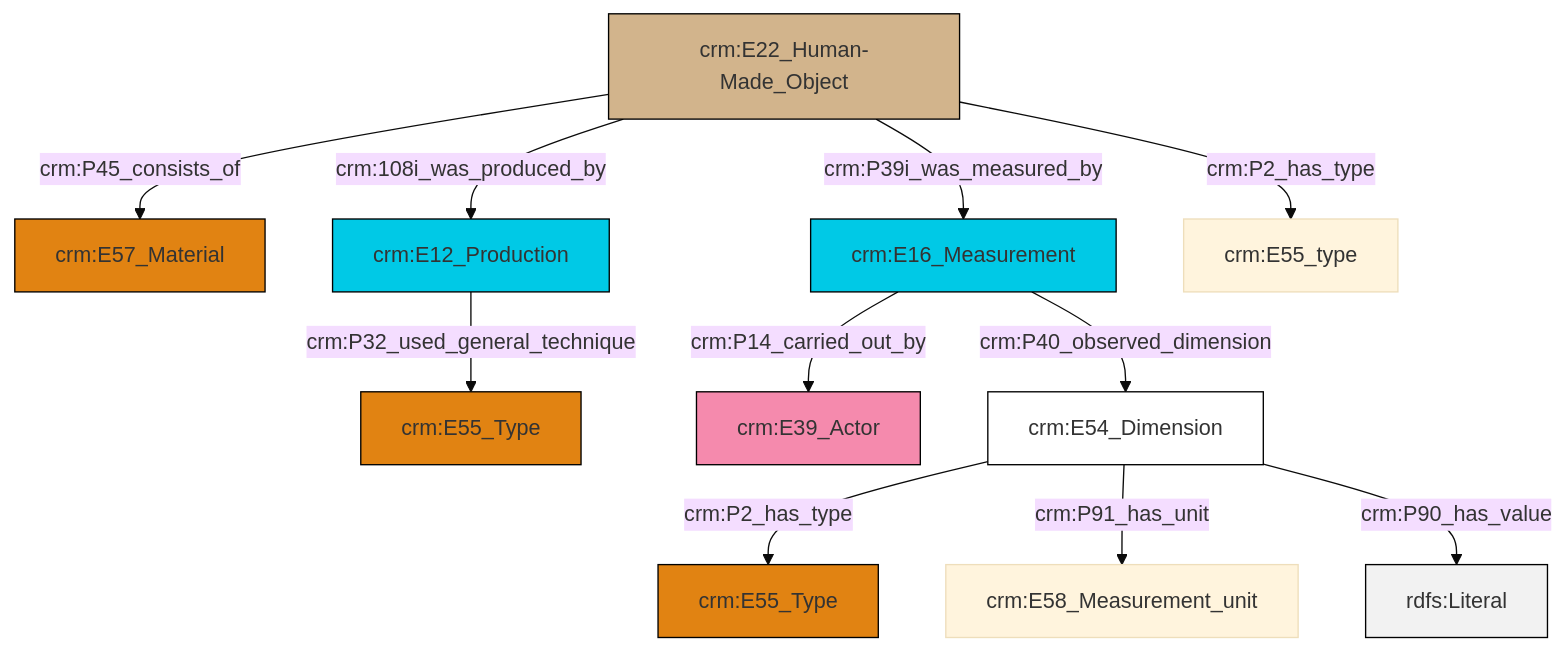
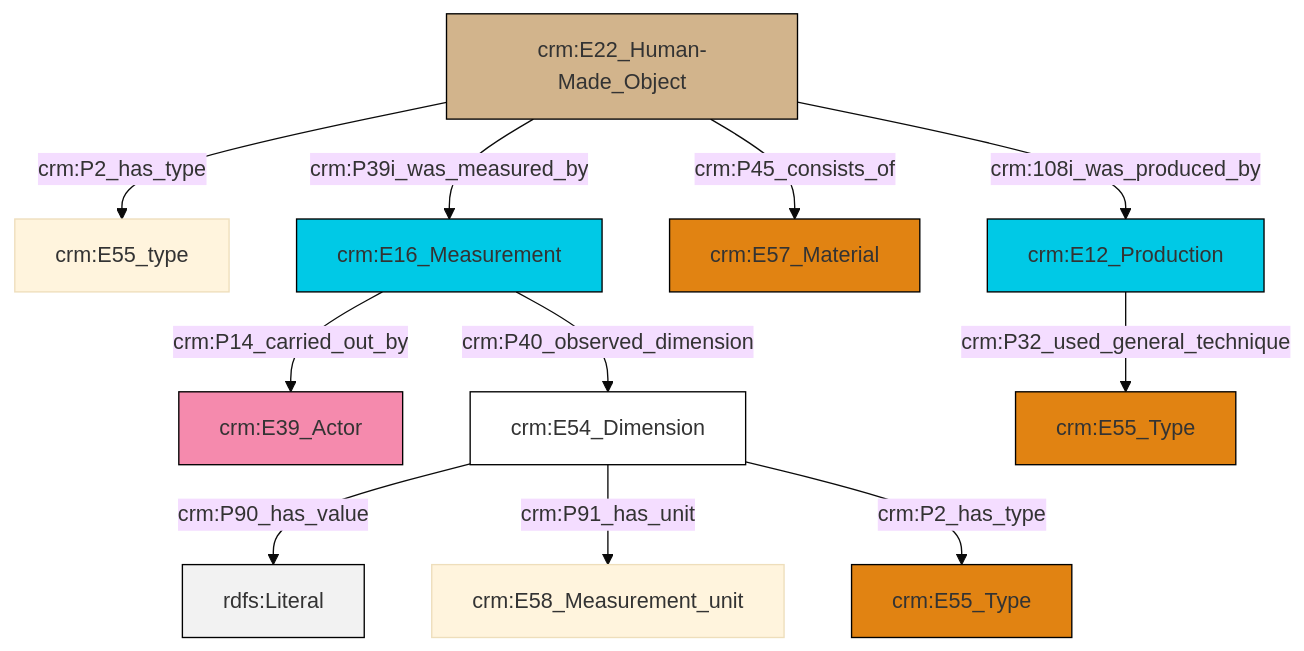
Before and after one commit to swiss-art-research-net/reference-data-models: the diagram in et/builtWorkCSV/ttl/mmd/Built_Work_substance.ttl.mmd, drawn with Mermaid (base theme). The commit also changed 125 other files, not shown here.

```diff
--- a/et/builtWorkCSV/ttl/mmd/Built_Work_substance.ttl.mmd
+++ b/et/builtWorkCSV/ttl/mmd/Built_Work_substance.ttl.mmd
@@ -1,25 +1,25 @@
 graph TD
 classDef Literal fill:#f2f2f2,stroke:#000000;
 classDef CRM_Entity fill:#FFFFFF,stroke:#000000;
 classDef Temporal_Entity fill:#00C9E6, stroke:#000000;
 classDef Type fill:#E18312, stroke:#000000;
 classDef Time-Span fill:#2C9C91, stroke:#000000;
 classDef Appellation fill:#FFEB7F, stroke:#000000;
 classDef Place fill:#008836, stroke:#000000;
 classDef Persistent_Item fill:#B266B2, stroke:#000000;
 classDef Conceptual_Object fill:#FFD700, stroke:#000000;
 classDef Physical_Thing fill:#D2B48C, stroke:#000000;
 classDef Actor fill:#f58aad, stroke:#000000;
 classDef PC_Classes fill:#4ce600, stroke:#000000;
 classDef Multi fill:#cccccc,stroke:#000000;
 
-2["crm:E54_Dimension"]:::CRM_Entity -->|crm:P2_has_type| 3["crm:E55_Type"]:::Type
-0["crm:E22_Human-Made_Object"]:::Physical_Thing -->|crm:P45_consists_of| 8["crm:E57_Material"]:::Type
-9["crm:E16_Measurement"]:::Temporal_Entity -->|crm:P14_carried_out_by| 10["crm:E39_Actor"]:::Actor
-0["crm:E22_Human-Made_Object"]:::Physical_Thing -->|crm:108i_was_produced_by| 12["crm:E12_Production"]:::Temporal_Entity
-2["crm:E54_Dimension"]:::CRM_Entity -->|crm:P91_has_unit| 4["crm:E58_Measurement_unit"]:::Default
-12["crm:E12_Production"]:::Temporal_Entity -->|crm:P32_used_general_technique| 6["crm:E55_Type"]:::Type
-9["crm:E16_Measurement"]:::Temporal_Entity -->|crm:P40_observed_dimension| 2["crm:E54_Dimension"]:::CRM_Entity
-2["crm:E54_Dimension"]:::CRM_Entity -->|crm:P90_has_value| 18[rdfs:Literal]:::Literal
-0["crm:E22_Human-Made_Object"]:::Physical_Thing -->|crm:P39i_was_measured_by| 9["crm:E16_Measurement"]:::Temporal_Entity
-0["crm:E22_Human-Made_Object"]:::Physical_Thing -->|crm:P2_has_type| 13["crm:E55_type"]:::Default
+0["crm:E22_Human-Made_Object"]:::Physical_Thing -->|crm:P2_has_type| 1["crm:E55_type"]:::Default
+4["crm:E54_Dimension"]:::CRM_Entity -->|crm:P90_has_value| 5[rdfs:Literal]:::Literal
+6["crm:E16_Measurement"]:::Temporal_Entity -->|crm:P14_carried_out_by| 2["crm:E39_Actor"]:::Actor
+0["crm:E22_Human-Made_Object"]:::Physical_Thing -->|crm:P45_consists_of| 7["crm:E57_Material"]:::Type
+0["crm:E22_Human-Made_Object"]:::Physical_Thing -->|crm:108i_was_produced_by| 9["crm:E12_Production"]:::Temporal_Entity
+9["crm:E12_Production"]:::Temporal_Entity -->|crm:P32_used_general_technique| 11["crm:E55_Type"]:::Type
+4["crm:E54_Dimension"]:::CRM_Entity -->|crm:P91_has_unit| 12["crm:E58_Measurement_unit"]:::Default
+4["crm:E54_Dimension"]:::CRM_Entity -->|crm:P2_has_type| 18["crm:E55_Type"]:::Type
+6["crm:E16_Measurement"]:::Temporal_Entity -->|crm:P40_observed_dimension| 4["crm:E54_Dimension"]:::CRM_Entity
+0["crm:E22_Human-Made_Object"]:::Physical_Thing -->|crm:P39i_was_measured_by| 6["crm:E16_Measurement"]:::Temporal_Entity
```
